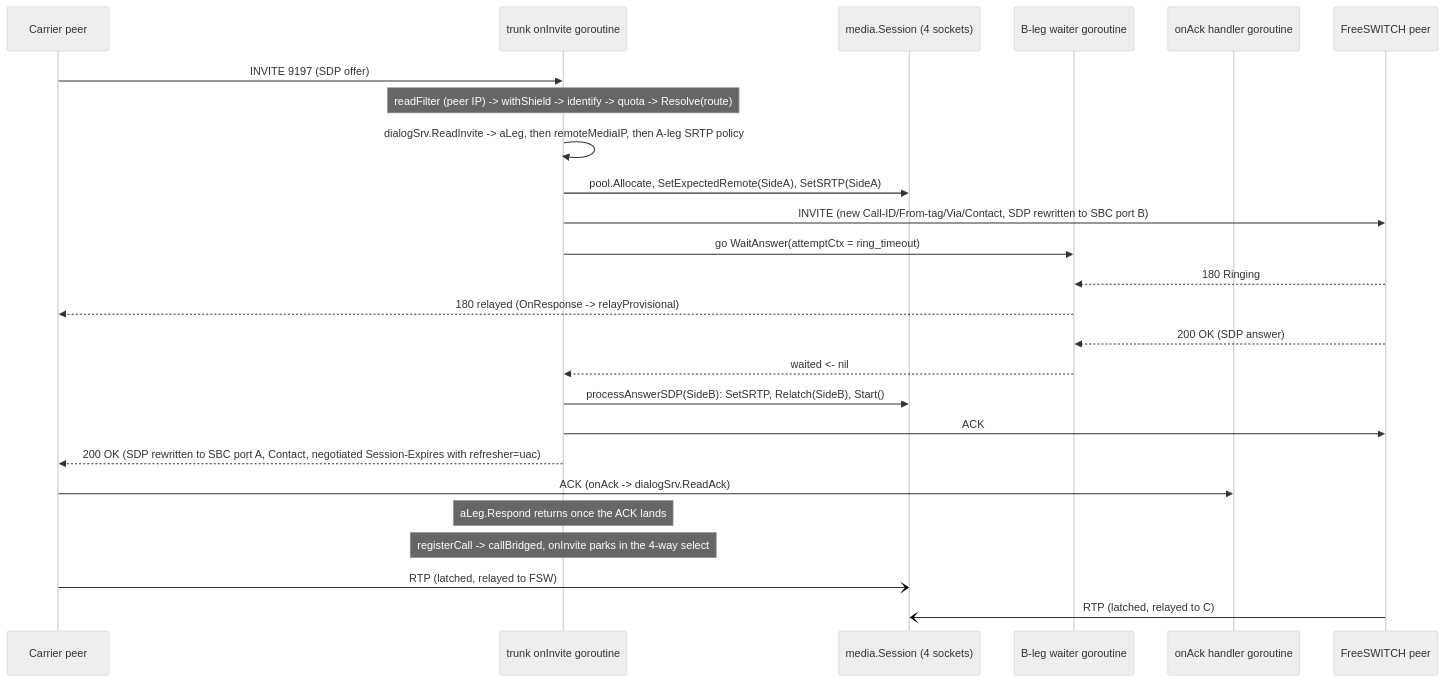
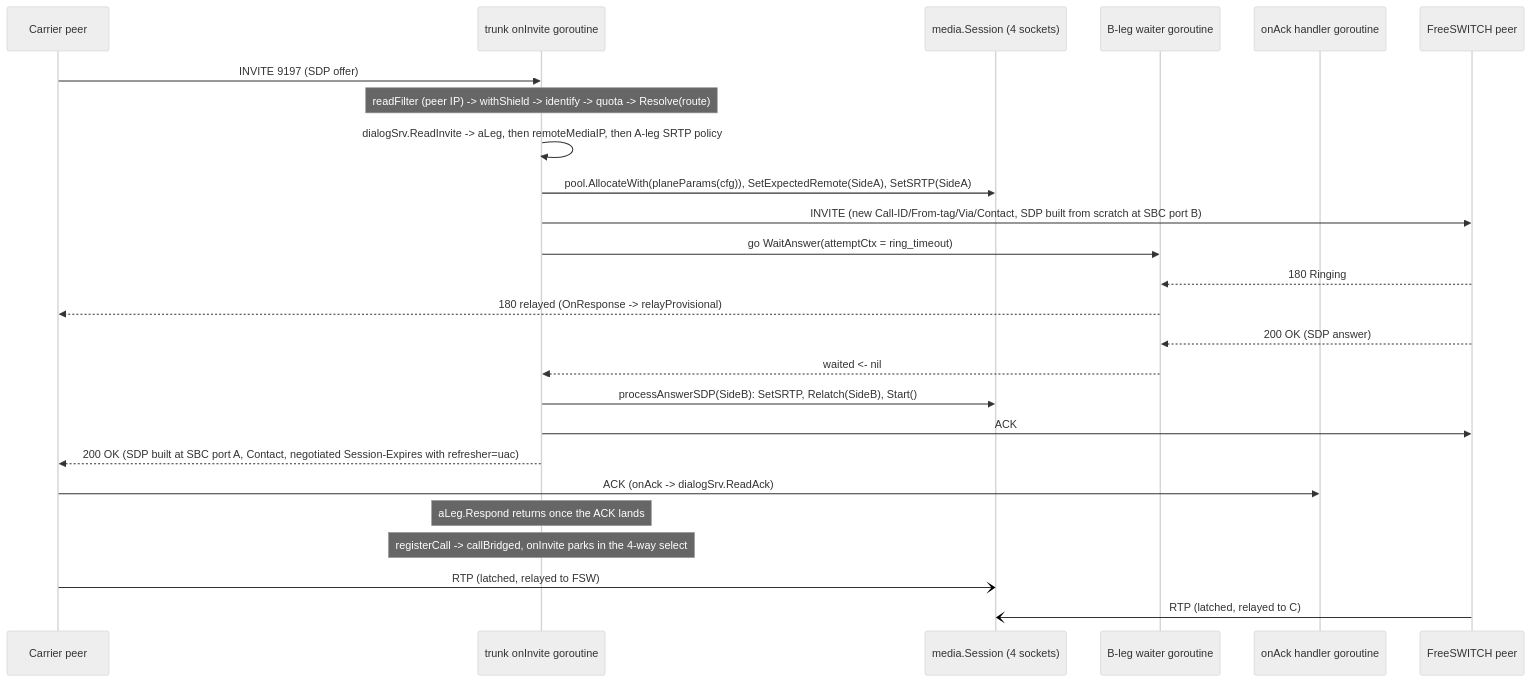
One commit to rasonyang/freesbc changed diagram 12 of 19 in docs/design.md. Above: the diagram before and after it, drawn with Mermaid (neutral theme). The commit also changed other lines of this file and 4 other files, not shown here.

````diff
--- a/docs/design.md
+++ b/docs/design.md
@@ -2626,28 +2737,28 @@
 ```mermaid
 sequenceDiagram
     participant C as Carrier peer
     participant H as trunk onInvite goroutine
     participant M as media.Session (4 sockets)
     participant W as B-leg waiter goroutine
     participant K as onAck handler goroutine
     participant FSW as FreeSWITCH peer
 
     C->>H: INVITE 9197 (SDP offer)
     Note over H: readFilter (peer IP) -> withShield -> identify -> quota -> Resolve(route)
     H->>H: dialogSrv.ReadInvite -> aLeg, then remoteMediaIP, then A-leg SRTP policy
-    H->>M: pool.Allocate, SetExpectedRemote(SideA), SetSRTP(SideA)
-    H->>FSW: INVITE (new Call-ID/From-tag/Via/Contact, SDP rewritten to SBC port B)
+    H->>M: pool.AllocateWith(planeParams(cfg)), SetExpectedRemote(SideA), SetSRTP(SideA)
+    H->>FSW: INVITE (new Call-ID/From-tag/Via/Contact, SDP built from scratch at SBC port B)
     H->>W: go WaitAnswer(attemptCtx = ring_timeout)
     FSW-->>W: 180 Ringing
     W-->>C: 180 relayed (OnResponse -> relayProvisional)
     FSW-->>W: 200 OK (SDP answer)
     W-->>H: waited <- nil
     H->>M: processAnswerSDP(SideB): SetSRTP, Relatch(SideB), Start()
     H->>FSW: ACK
-    H-->>C: 200 OK (SDP rewritten to SBC port A, Contact, negotiated Session-Expires with refresher=uac)
+    H-->>C: 200 OK (SDP built at SBC port A, Contact, negotiated Session-Expires with refresher=uac)
     C->>K: ACK (onAck -> dialogSrv.ReadAck)
     Note over H: aLeg.Respond returns once the ACK lands
     Note over H: registerCall -> callBridged, onInvite parks in the 4-way select
     C-)M: RTP (latched, relayed to FSW)
     FSW-)M: RTP (latched, relayed to C)
 ```
````
